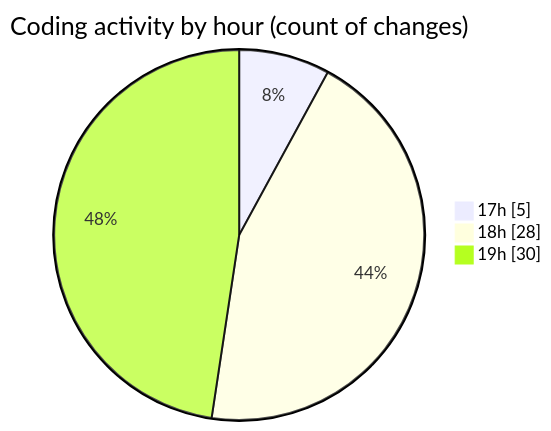
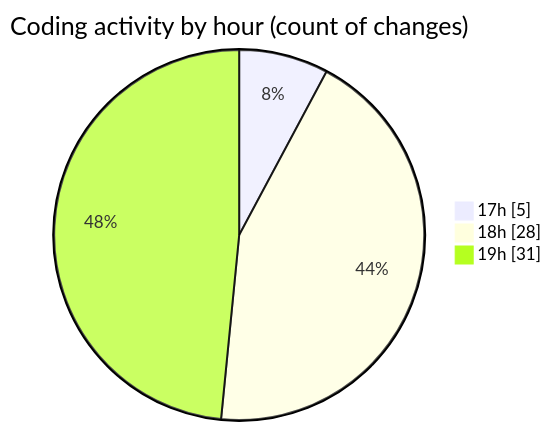
The second of 2 diagrams in 2025-01-01/uber_clone/README.md (donsfak/code-tracking), drawn with Mermaid before and after one commit. The commit also changed other lines of this file and 1 other file, not shown here.

````diff
--- a/2025-01-01/uber_clone/README.md
+++ b/2025-01-01/uber_clone/README.md
@@ -41,7 +41,7 @@
 ```mermaid
 pie showData
 title Coding activity by hour (count of changes)
 "17h" : 5
 "18h" : 28
-"19h" : 30
+"19h" : 31
 ```
````
